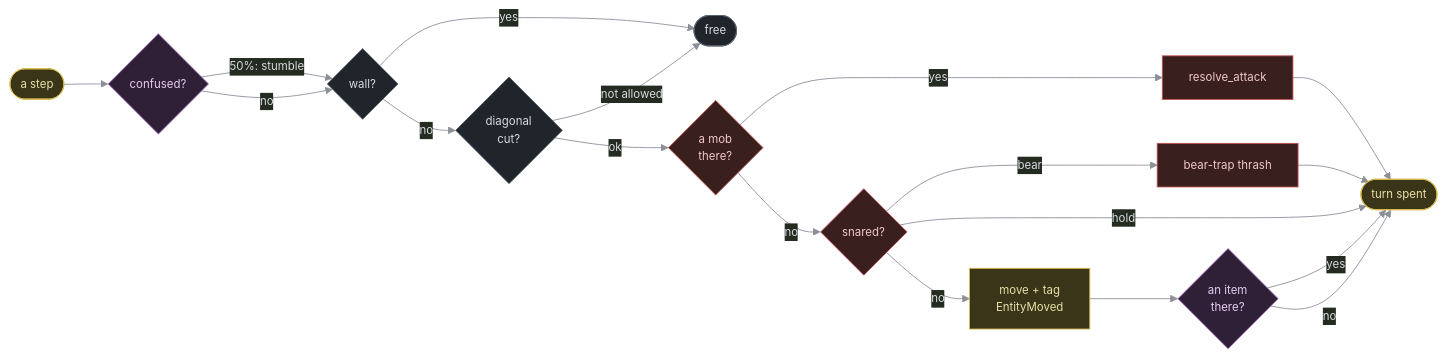
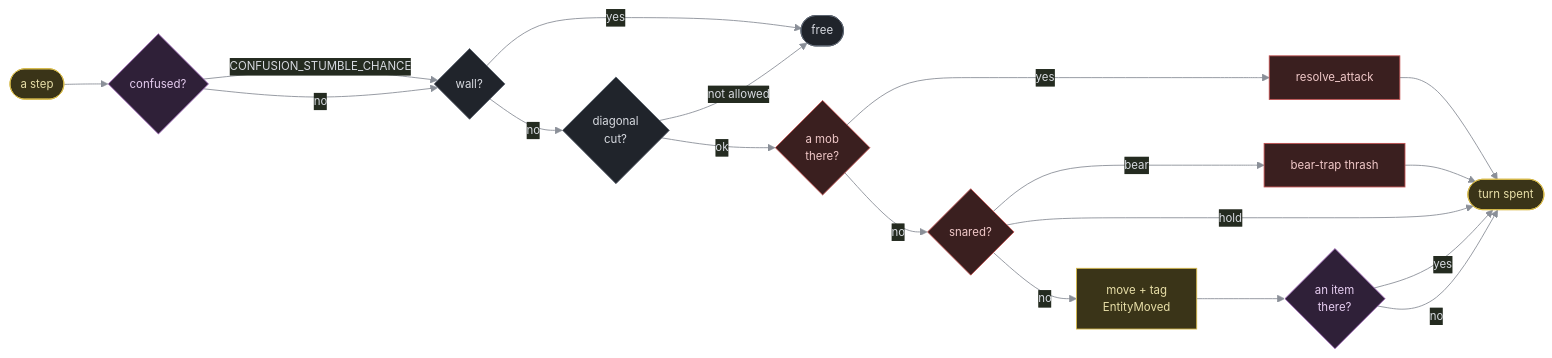
Before and after one commit to bae-alves/nihilurk: the third of 3 diagrams in docs/reference/input-and-turn-loop.md, drawn with Mermaid. The commit also changed other lines of this file and 123 other files, not shown here.

````diff
--- a/docs/reference/input-and-turn-loop.md
+++ b/docs/reference/input-and-turn-loop.md
@@ -168,38 +168,38 @@
 ```mermaid
 %%{init: {'theme':'base','themeVariables':{
   'primaryColor':'#20242b','primaryTextColor':'#d7dae0',
   'primaryBorderColor':'#5c6370','lineColor':'#8a8f98',
   'fontFamily':'ui-monospace, SFMono-Regular, Menlo, monospace',
   'fontSize':'13px'}}}%%
 flowchart LR
   S(["a step"]):::hero
   C{"confused?"}:::magic
   W{"wall?"}
   DG{"diagonal<br/>cut?"}
   MB{"a mob<br/>there?"}:::peril
   SN{"snared?"}:::peril
   MV["move + tag<br/>EntityMoved"]:::hero
   PU{"an item<br/>there?"}:::magic
   AT["resolve_attack"]:::peril
   TH["bear-trap thrash"]:::peril
   T(["turn spent"]):::hero
   F(["free"])
 
-  S --> C -- "50%: stumble" --> W
+  S --> C -- "CONFUSION_STUMBLE_CHANCE" --> W
   C -- no --> W
   W -- yes --> F
   W -- no --> DG
   DG -- "not allowed" --> F
   DG -- ok --> MB
   MB -- yes --> AT --> T
   MB -- no --> SN
   SN -- bear --> TH --> T
   SN -- hold --> T
   SN -- no --> MV --> PU
   PU -- yes --> T
   PU -- no --> T
   classDef hero fill:#3a3418,stroke:#d7ba4a,color:#e8dfa8
   classDef peril fill:#3a1f1f,stroke:#c05050,color:#f0c8c8
   classDef magic fill:#2f2038,stroke:#a86fc0,color:#e6cdf0
   classDef cold  fill:#17323a,stroke:#4aa3c0,color:#bfe4f0
 ```
````
